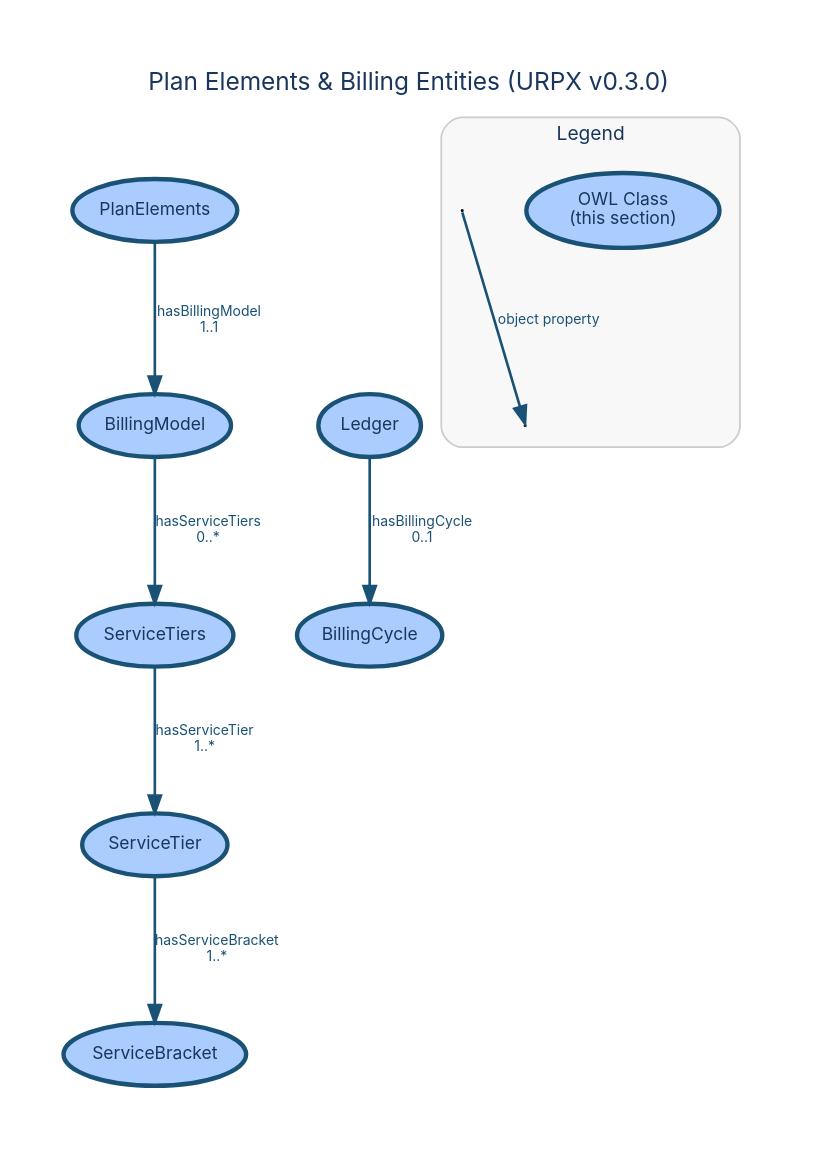
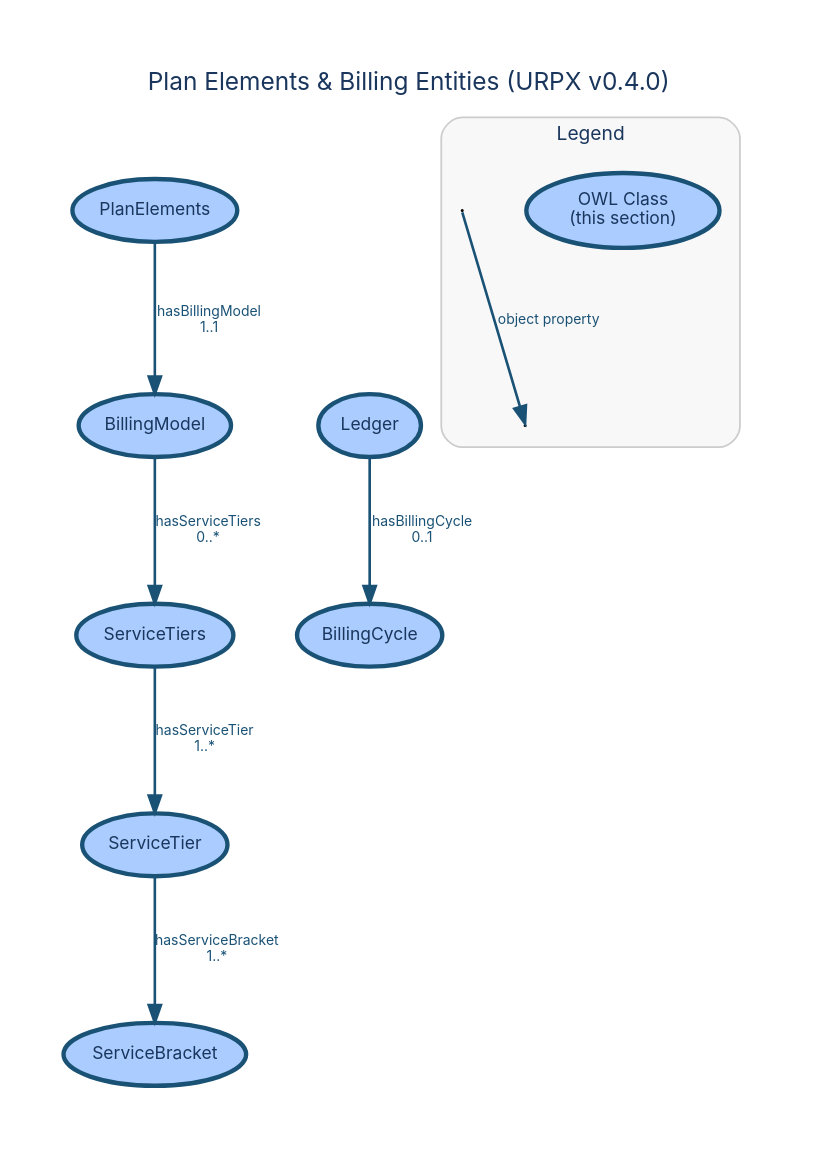
One commit to urpx-org/urpx changed the diagram in documentation/diagrams/dictionary/plan-elements-billing-entities.dot. Above: the diagram before and after it, drawn with Graphviz. The commit also changed 28 other files, not shown here.

```diff
--- a/documentation/diagrams/dictionary/plan-elements-billing-entities.dot
+++ b/documentation/diagrams/dictionary/plan-elements-billing-entities.dot
@@ -1,83 +1,83 @@
 digraph "Plan Elements & Billing Entities" {
     rankdir=TB;
     bgcolor="white";
     pad=0.4;
     nodesep=0.5;
     ranksep=0.9;
     fontname="Inter, Helvetica, Arial, sans-serif";
-    label="Plan Elements & Billing Entities (URPX v0.3.0)";
+    label="Plan Elements & Billing Entities (URPX v0.4.0)";
     labelloc="t";
     fontsize=14;
     fontcolor="#1a365d";
     node [fontname="Inter, Helvetica, Arial, sans-serif", fontsize=10, style=filled, fontcolor="#1a365d"];
     edge [fontname="Inter, Helvetica, Arial, sans-serif", fontsize=8, fontcolor="#1a365d"];
 
     // Section classes
     PlanElements [
         label="PlanElements"
         shape=ellipse, fillcolor="#aaccff", color="#1a5276", penwidth=2.5
     ];
     BillingModel [
         label="BillingModel"
         shape=ellipse, fillcolor="#aaccff", color="#1a5276", penwidth=2.5
     ];
     BillingCycle [
         label="BillingCycle"
         shape=ellipse, fillcolor="#aaccff", color="#1a5276", penwidth=2.5
     ];
     Ledger [
         label="Ledger"
         shape=ellipse, fillcolor="#aaccff", color="#1a5276", penwidth=2.5
     ];
     ServiceTier [
         label="ServiceTier"
         shape=ellipse, fillcolor="#aaccff", color="#1a5276", penwidth=2.5
     ];
     ServiceTiers [
         label="ServiceTiers"
         shape=ellipse, fillcolor="#aaccff", color="#1a5276", penwidth=2.5
     ];
     ServiceBracket [
         label="ServiceBracket"
         shape=ellipse, fillcolor="#aaccff", color="#1a5276", penwidth=2.5
     ];
 
     // Object property edges
     PlanElements -> BillingModel [
         label="hasBillingModel\n1..1", color="#1a5276", fontcolor="#1a5276", penwidth=1.5, weight=10
     ];
     BillingModel -> ServiceTiers [
         label="hasServiceTiers\n0..*", color="#1a5276", fontcolor="#1a5276", penwidth=1.5, weight=8
     ];
     Ledger -> BillingCycle [
         label="hasBillingCycle\n0..1", color="#1a5276", fontcolor="#1a5276", penwidth=1.5
     ];
     ServiceTier -> ServiceBracket [
         label="hasServiceBracket\n1..*", color="#1a5276", fontcolor="#1a5276", penwidth=1.5
     ];
     ServiceTiers -> ServiceTier [
         label="hasServiceTier\n1..*", color="#1a5276", fontcolor="#1a5276", penwidth=1.5, weight=8
     ];
 
     // Layout-specified rank groups
     { rank=same; PlanElements; }
     { rank=same; BillingModel; Ledger; }
     { rank=same; BillingCycle; ServiceTiers; }
     { rank=same; ServiceTier; }
 
     subgraph cluster_legend {
         label="Legend";
         fontname="Inter, Helvetica, Arial, sans-serif";
         fontsize=11;
         fontcolor="#1a365d";
         style=rounded;
         color="#cccccc";
         bgcolor="#f8f8f8";
         margin=12;
 
         leg_class [label="OWL Class\n(this section)", shape=ellipse, fillcolor="#aaccff", color="#1a5276", penwidth=2.5];
         leg_src [label=" ", shape=point, width=0.01];
         leg_tgt1 [label=" ", shape=point, width=0.01];
         leg_src -> leg_tgt1 [label="object property", color="#1a5276", fontcolor="#1a5276", penwidth=1.5];
     }
 }
```
